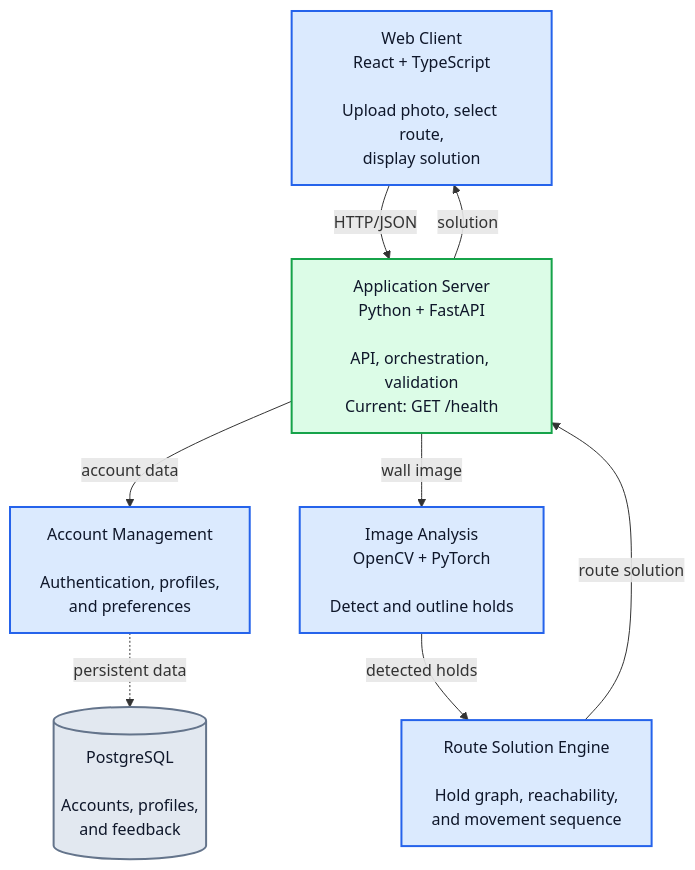
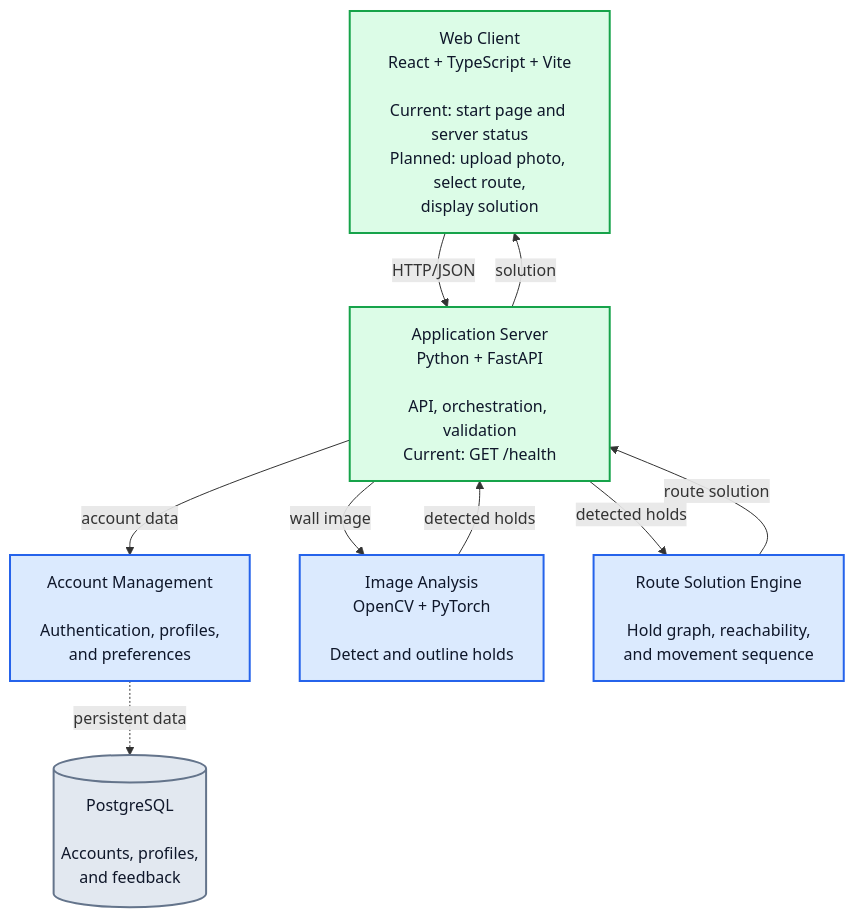
Before and after one commit to stevenrocca3/ClimbAssist: the diagram in README.md, drawn with Mermaid. The commit also changed other lines of this file and 3 other files, not shown here.

````diff
--- a/README.md
+++ b/README.md
@@ -34,24 +34,25 @@
 ```mermaid
 flowchart TB
-    client["Web Client<br/>React + TypeScript<br/><br/>Upload photo, select route,<br/>display solution"]
+    client["Web Client<br/>React + TypeScript + Vite<br/><br/>Current: start page and server status<br/>Planned: upload photo, select route,<br/>display solution"]
     server["Application Server<br/>Python + FastAPI<br/><br/>API, orchestration, validation<br/>Current: GET /health"]
     accounts["Account Management<br/><br/>Authentication, profiles,<br/>and preferences"]
     analysis["Image Analysis<br/>OpenCV + PyTorch<br/><br/>Detect and outline holds"]
     solver["Route Solution Engine<br/><br/>Hold graph, reachability,<br/>and movement sequence"]
     database[("PostgreSQL<br/><br/>Accounts, profiles,<br/>and feedback")]
 
     client -->|"HTTP/JSON"| server
     server -->|"account data"| accounts
     server -->|"wall image"| analysis
-    analysis -->|"detected holds"| solver
+    analysis -->|"detected holds"| server
+    server -->|"detected holds"| solver
     accounts -.->|"persistent data"| database
     solver -->|"route solution"| server
     server -->|"solution"| client
 
     classDef implemented fill:#dcfce7,stroke:#16a34a,stroke-width:2px,color:#0f172a
     classDef planned fill:#dbeafe,stroke:#2563eb,stroke-width:2px,color:#0f172a
     classDef data fill:#e2e8f0,stroke:#64748b,stroke-width:2px,color:#0f172a
-    class server implemented
-    class client,accounts,analysis,solver planned
+    class client,server implemented
+    class accounts,analysis,solver planned
     class database data
 ```
````
